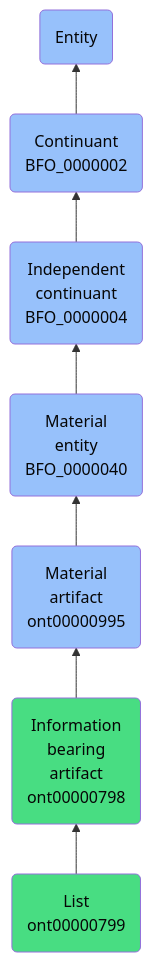
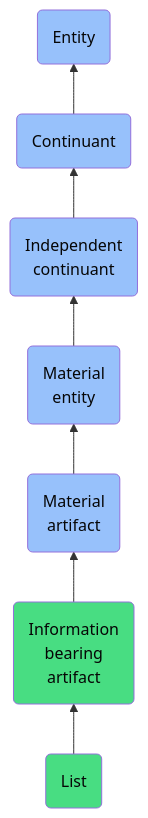
The diagram in docs/ontology/reference/model/Entity/Continuant/Independent continuant/Material entity/Material artifact/Information bearing artifact/List/List.md (jupyter-naas/abi), drawn with Mermaid before and after one commit. The commit also changed other lines of this file and 1430 other files, not shown here.

````diff
--- a/docs/ontology/reference/model/Entity/Continuant/Independent continuant/Material entity/Material artifact/Information bearing artifact/List/List.md
+++ b/docs/ontology/reference/model/Entity/Continuant/Independent continuant/Material entity/Material artifact/Information bearing artifact/List/List.md
@@ -24,14 +24,14 @@
 ```mermaid
 graph BT
-    ont00000799(List<br>ont00000799):::ABI-->ont00000798
-    ont00000798(Information<br>bearing<br>artifact<br>ont00000798):::ABI-->ont00000995
-    ont00000995(Material<br>artifact<br>ont00000995):::BFO-->BFO_0000040
-    BFO_0000040(Material<br>entity<br>BFO_0000040):::BFO-->BFO_0000004
-    BFO_0000004(Independent<br>continuant<br>BFO_0000004):::BFO-->BFO_0000002
-    BFO_0000002(Continuant<br>BFO_0000002):::BFO-->BFO_0000001
+    ont00000799(List):::ABI-->ont00000798
+    ont00000798(Information<br>bearing<br>artifact):::ABI-->ont00000995
+    ont00000995(Material<br>artifact):::BFO-->BFO_0000040
+    BFO_0000040(Material<br>entity):::BFO-->BFO_0000004
+    BFO_0000004(Independent<br>continuant):::BFO-->BFO_0000002
+    BFO_0000002(Continuant):::BFO-->BFO_0000001
     BFO_0000001(Entity):::BFO
     
     classDef BFO fill:#97c1fb,color:#060606
     classDef CCO fill:#e4c51e,color:#060606
     classDef ABI fill:#48DD82,color:#060606
 ```
````
